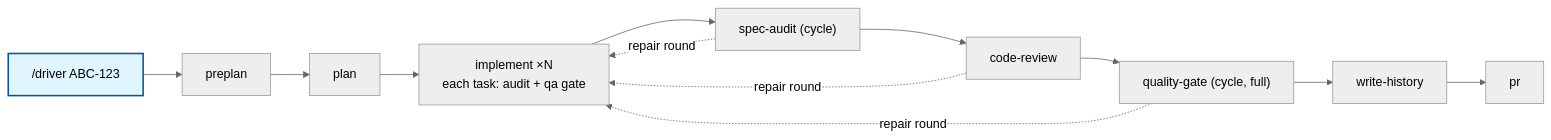
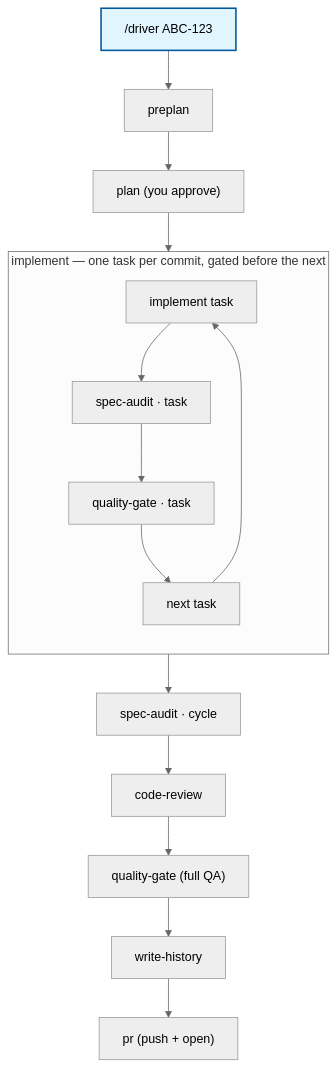
One commit to GoncaloJoaoCorreia/opencode-agents changed the diagram in README.md. Above: the diagram before and after it, drawn with Mermaid (neutral theme).

````diff
--- a/README.md
+++ b/README.md
@@ -11,11 +78,18 @@
 ```mermaid
-flowchart LR
-    DRV["/driver ABC-123"] --> PRE[preplan] --> PLAN[plan] --> IMP["implement ×N<br/>each task: audit + qa gate"]
-    IMP --> AUD["spec-audit (cycle)"] --> REV[code-review] --> QA["quality-gate (cycle, full)"]
-    QA --> HIST[write-history] --> PR[pr]
-    AUD -. "repair round" .-> IMP
-    REV -. "repair round" .-> IMP
-    QA  -. "repair round" .-> IMP
+flowchart TD
+    DRV["/driver ABC-123"] --> PRE[preplan] --> PLAN["plan (you approve)"]
+    PLAN --> FAN
+
+    subgraph FAN["implement — one task per commit, gated before the next"]
+        direction TB
+        IMP["implement task"] --> AUDT["spec-audit · task"]
+        AUDT --> QAT["quality-gate · task"]
+        QAT --> NEXT["next task"]
+        NEXT --> IMP
+    end
+
+    FAN --> AUDC["spec-audit · cycle"] --> REV[code-review] --> QAC["quality-gate (full QA)"]
+    QAC --> HIST[write-history] --> PR["pr (push + open)"]
 
     style DRV fill:#e1f5fe,stroke:#01579b,stroke-width:2px
 ```
````
